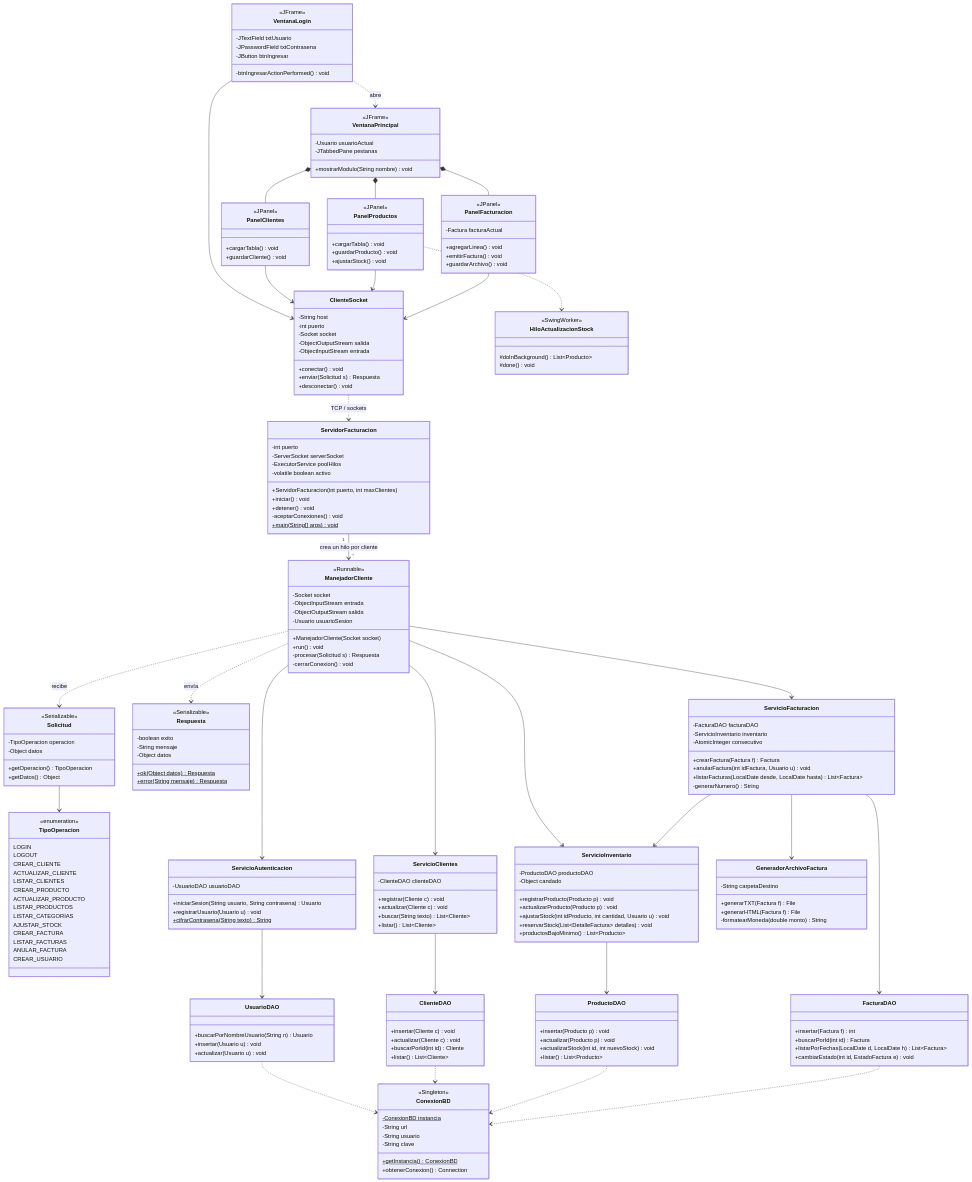
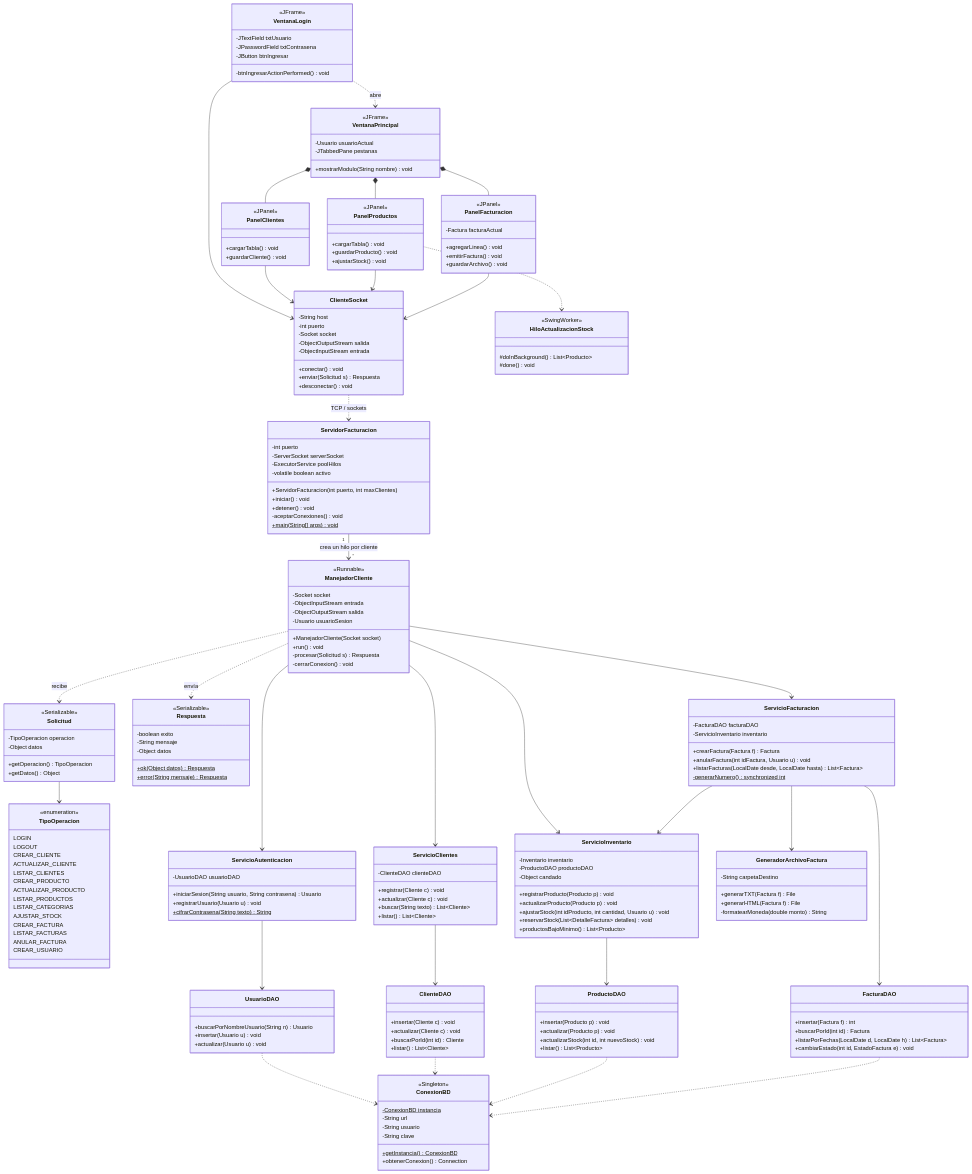
One commit to luisamri91/Avance1 changed the diagram in docs/diagramas/02_clases_cliente_servidor.mmd. Above: the diagram before and after it, drawn with Mermaid. The commit also changed 16 other files, not shown here.

```diff
--- a/docs/diagramas/02_clases_cliente_servidor.mmd
+++ b/docs/diagramas/02_clases_cliente_servidor.mmd
@@ -76,6 +76,7 @@
     }
 
     class ServicioInventario {
+        -Inventario inventario
         -ProductoDAO productoDAO
         -Object candado
         +registrarProducto(Producto p) void
@@ -88,11 +89,10 @@
     class ServicioFacturacion {
         -FacturaDAO facturaDAO
         -ServicioInventario inventario
-        -AtomicInteger consecutivo
         +crearFactura(Factura f) Factura
         +anularFactura(int idFactura, Usuario u) void
         +listarFacturas(LocalDate desde, LocalDate hasta) List~Factura~
-        -generarNumero() String
+        -generarNumero()$ synchronized int
     }
 
     class GeneradorArchivoFactura {
```
